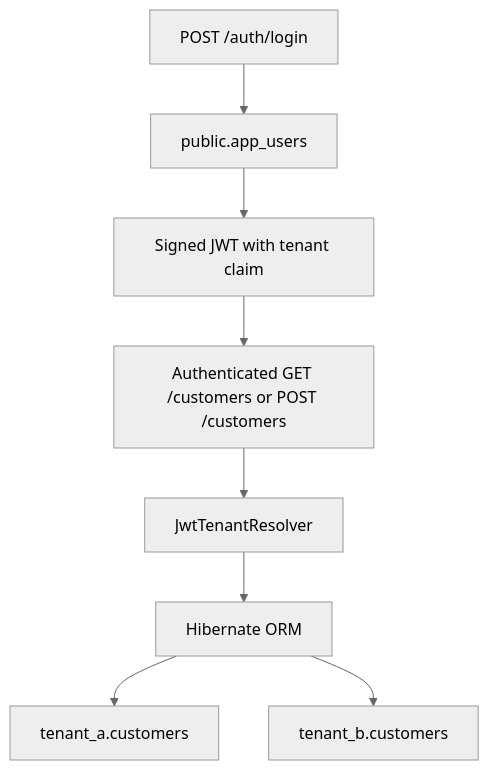
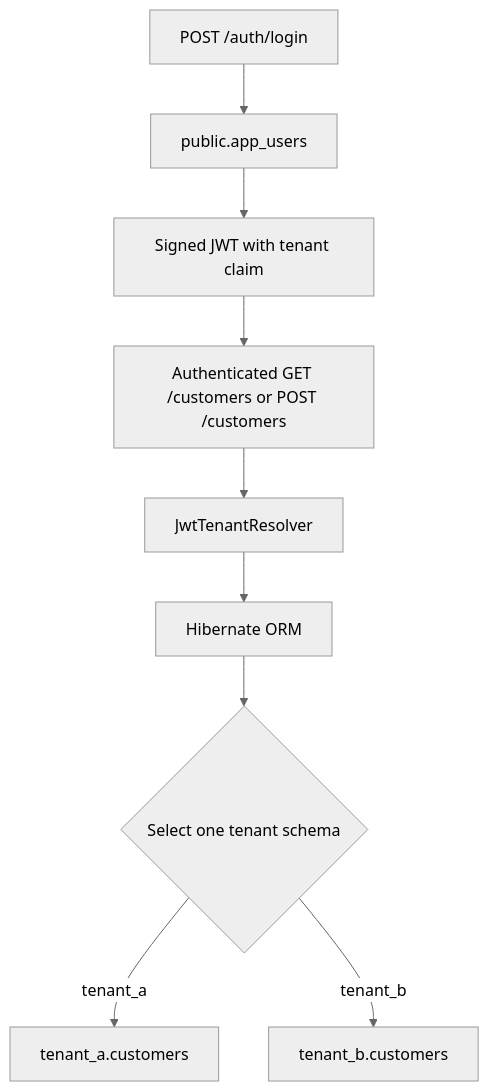
The diagram in README.md (ErickMurakami/quarkus-schema-per-tenant), drawn with Mermaid (neutral theme) before and after one commit. The commit also changed other lines of this file and 5 other files, not shown here.

````diff
--- a/README.md
+++ b/README.md
@@ -55,10 +55,11 @@
 ```mermaid
 flowchart TD
     A[POST /auth/login] --> B[public.app_users]
     B --> C[Signed JWT with tenant claim]
     C --> D[Authenticated GET /customers or POST /customers]
     D --> E[JwtTenantResolver]
     E --> F[Hibernate ORM]
-    F --> G[tenant_a.customers]
-    F --> H[tenant_b.customers]
+    F --> S{Select one tenant schema}
+    S -->|tenant_a| G[tenant_a.customers]
+    S -->|tenant_b| H[tenant_b.customers]
 ```
````
